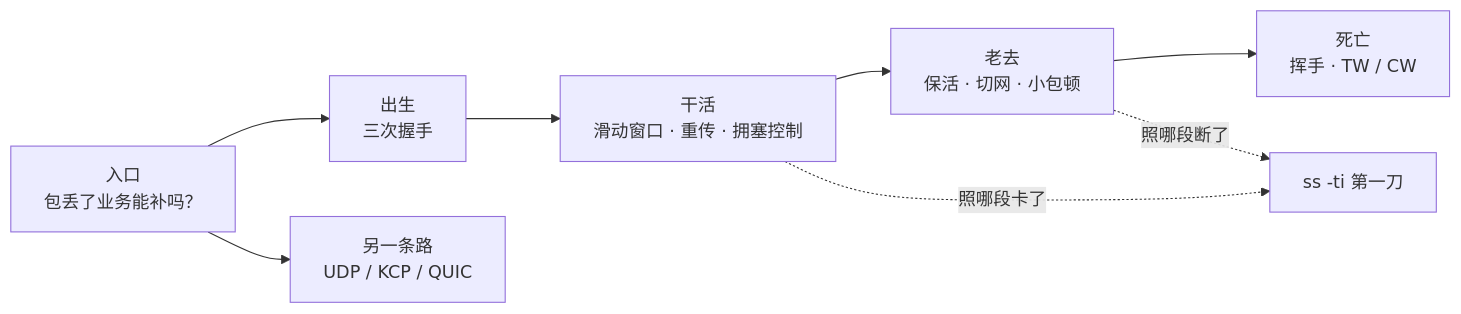
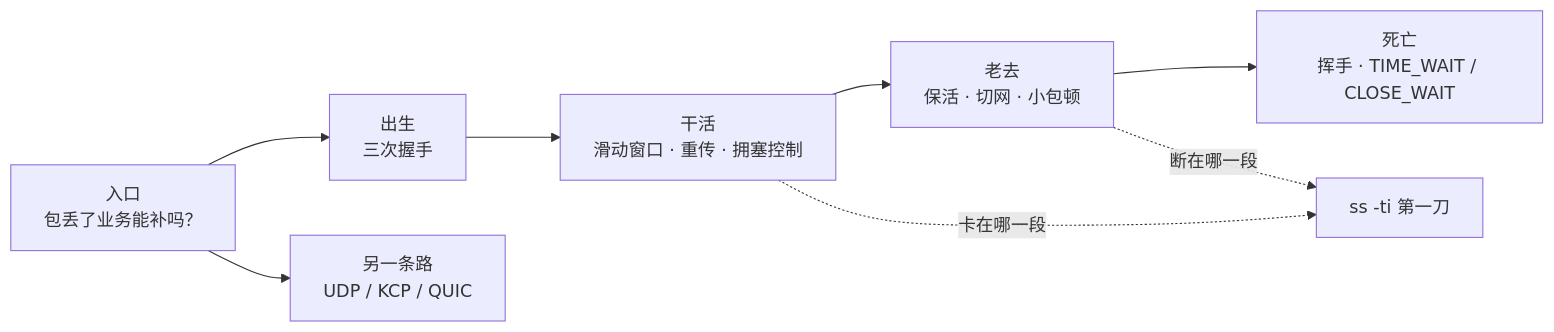
Before and after one commit to ml-cuizijun/LearnToLilith: the first of 9 diagrams in 01-基础底座/13-TCP与UDP/知识点.md, drawn with Mermaid. The commit also changed other lines of this file, not shown here.

````diff
--- a/01-基础底座/13-TCP与UDP/知识点.md
+++ b/01-基础底座/13-TCP与UDP/知识点.md
@@ -21,10 +15,10 @@
 ```mermaid
 flowchart LR
     ENTRY["入口<br/>包丢了业务能补吗？"] --> BORN["出生<br/>三次握手"]
     BORN --> WORK["干活<br/>滑动窗口 · 重传 · 拥塞控制"]
     WORK --> OLD["老去<br/>保活 · 切网 · 小包顿"]
-    OLD --> DEAD["死亡<br/>挥手 · TW / CW"]
+    OLD --> DEAD["死亡<br/>挥手 · TIME_WAIT / CLOSE_WAIT"]
     ENTRY --> ALT["另一条路<br/>UDP / KCP / QUIC"]
-    WORK -.->|照哪段卡了| KNIFE["ss -ti 第一刀"]
-    OLD -.->|照哪段断了| KNIFE
+    WORK -.->|卡在哪一段| KNIFE["ss -ti 第一刀"]
+    OLD -.->|断在哪一段| KNIFE
 ```
````
